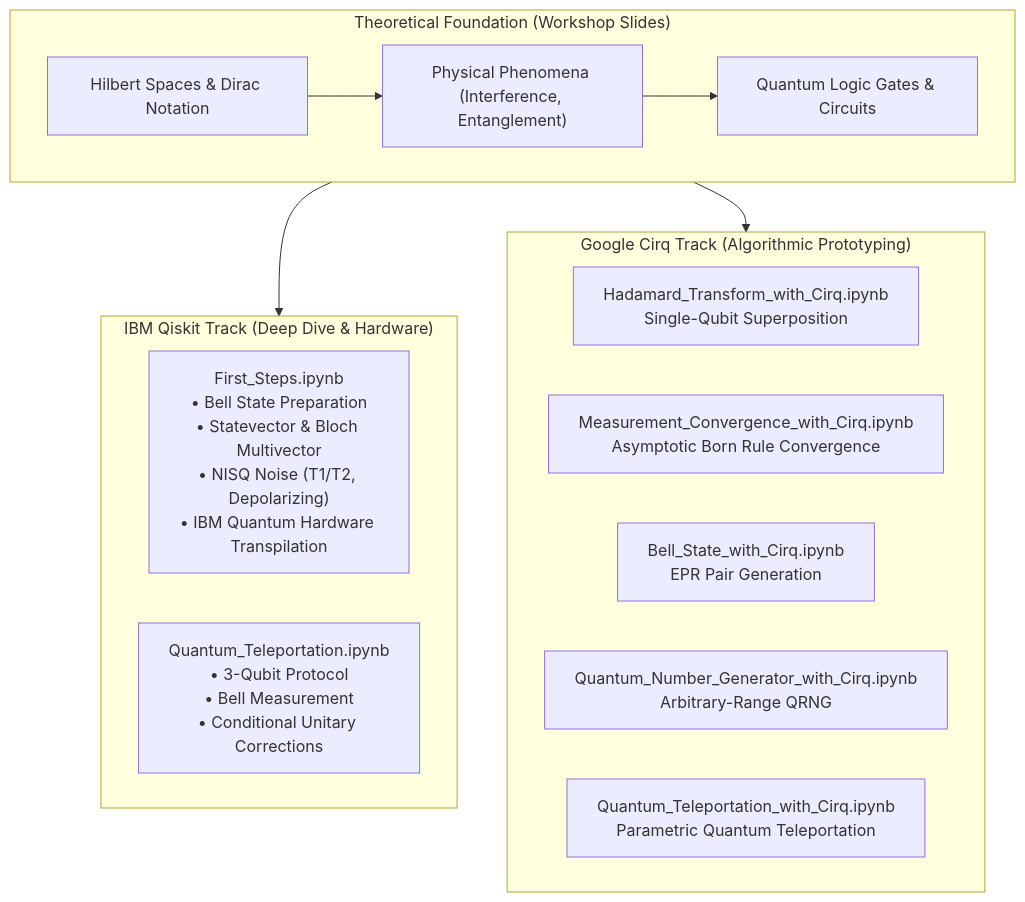
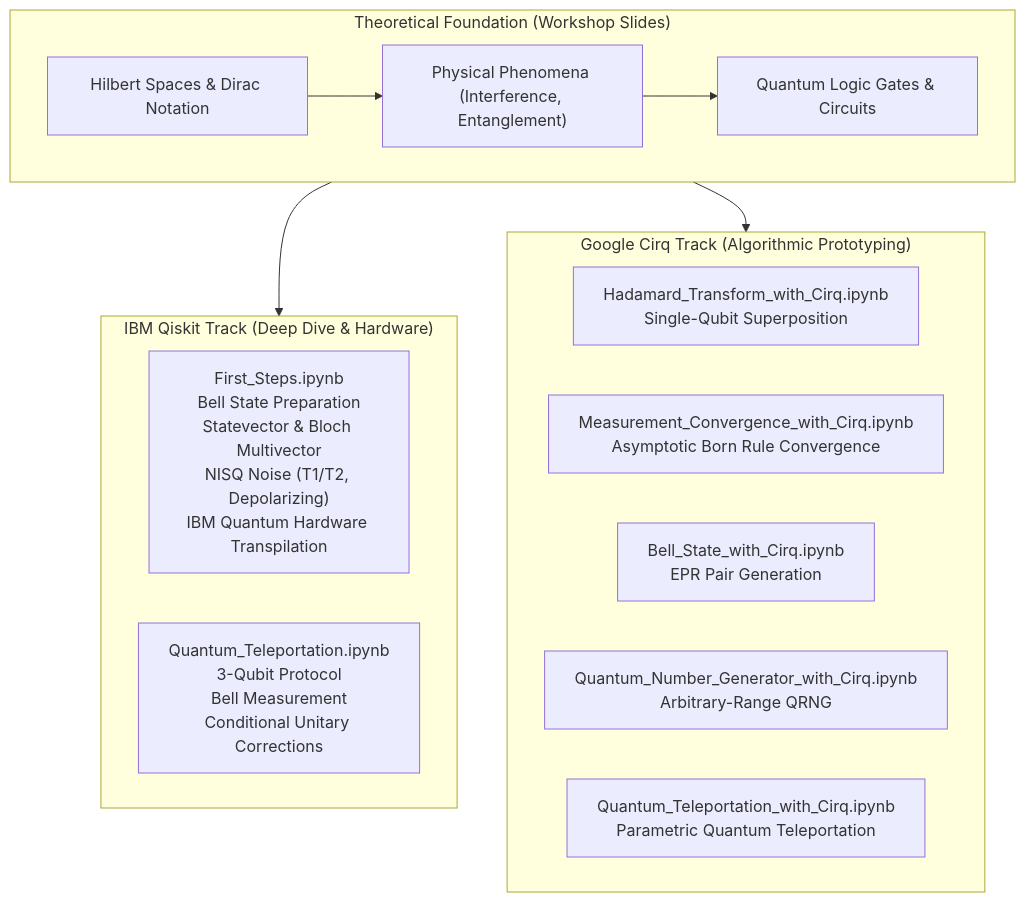
The diagram in README.md (AngelGab3/Quantum-Computing), drawn with Mermaid before and after one commit. The commit also changed other lines of this file and 1 other file, not shown here.

````diff
--- a/README.md
+++ b/README.md
@@ -65,23 +64,23 @@
 ```mermaid
 flowchart TD
     subgraph THEORY["Theoretical Foundation (Workshop Slides)"]
         T1["Hilbert Spaces & Dirac Notation"] --> T2["Physical Phenomena (Interference, Entanglement)"]
         T2 --> T3["Quantum Logic Gates & Circuits"]
     end
 
     subgraph QISKIT["IBM Qiskit Track (Deep Dive & Hardware)"]
-        Q1["First_Steps.ipynb<br/>• Bell State Preparation<br/>• Statevector & Bloch Multivector<br/>• NISQ Noise (T1/T2, Depolarizing)<br/>• IBM Quantum Hardware Transpilation"]
-        Q2["Quantum_Teleportation.ipynb<br/>• 3-Qubit Protocol<br/>• Bell Measurement<br/>• Conditional Unitary Corrections"]
+        Q1["First_Steps.ipynb<br/>Bell State Preparation<br/>Statevector & Bloch Multivector<br/>NISQ Noise (T1/T2, Depolarizing)<br/>IBM Quantum Hardware Transpilation"]
+        Q2["Quantum_Teleportation.ipynb<br/>3-Qubit Protocol<br/>Bell Measurement<br/>Conditional Unitary Corrections"]
     end
 
     subgraph CIRQ["Google Cirq Track (Algorithmic Prototyping)"]
         C1["Hadamard_Transform_with_Cirq.ipynb<br/>Single-Qubit Superposition"]
         C2["Measurement_Convergence_with_Cirq.ipynb<br/>Asymptotic Born Rule Convergence"]
         C3["Bell_State_with_Cirq.ipynb<br/>EPR Pair Generation"]
         C4["Quantum_Number_Generator_with_Cirq.ipynb<br/>Arbitrary-Range QRNG"]
         C5["Quantum_Teleportation_with_Cirq.ipynb<br/>Parametric Quantum Teleportation"]
     end
 
     THEORY --> QISKIT
     THEORY --> CIRQ
 ```
````
